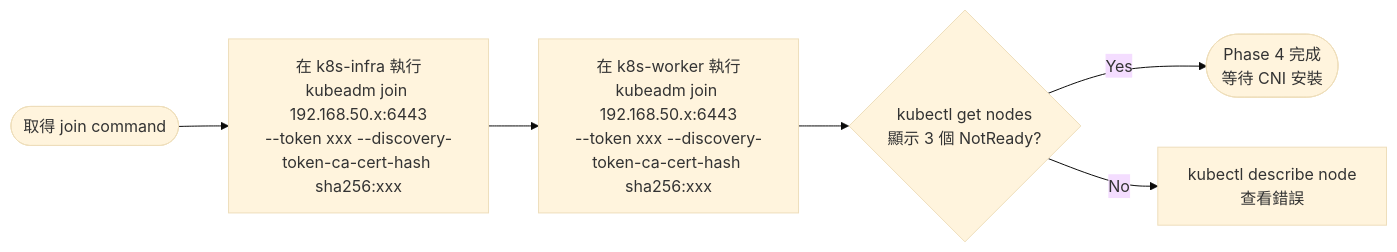
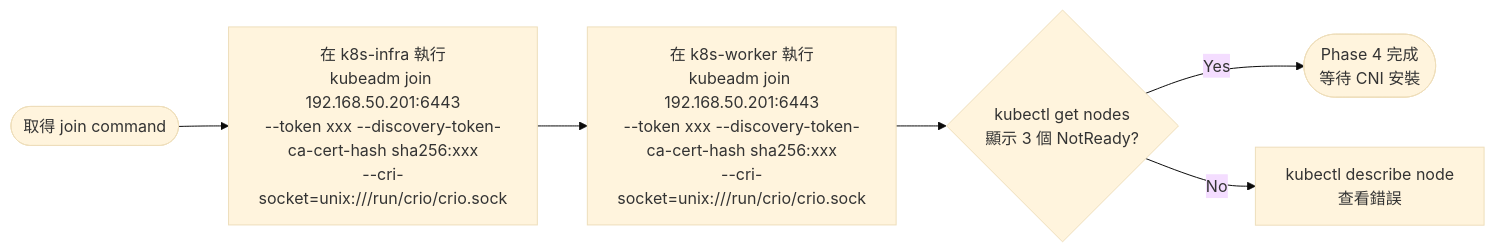
The fifth of 8 diagrams in kubernetes/3node-multipass/setup-flowchart.md (MansionLai/notebook), drawn with Mermaid (base theme) before and after one commit. The commit also changed other lines of this file and 3 other files, not shown here.

````diff
--- a/kubernetes/3node-multipass/setup-flowchart.md
+++ b/kubernetes/3node-multipass/setup-flowchart.md
@@ -89,10 +88,10 @@
 ```mermaid
 flowchart LR
     S([取得 join command]) --> J1
-    J1["在 k8s-infra 執行\nkubeadm join 192.168.50.x:6443\n--token xxx --discovery-token-ca-cert-hash sha256:xxx"]
-    J2["在 k8s-worker 執行\nkubeadm join 192.168.50.x:6443\n--token xxx --discovery-token-ca-cert-hash sha256:xxx"]
+    J1["在 k8s-infra 執行\nkubeadm join 192.168.50.201:6443\n--token xxx --discovery-token-ca-cert-hash sha256:xxx\n--cri-socket=unix:///run/crio/crio.sock"]
+    J2["在 k8s-worker 執行\nkubeadm join 192.168.50.201:6443\n--token xxx --discovery-token-ca-cert-hash sha256:xxx\n--cri-socket=unix:///run/crio/crio.sock"]
     J1 --> J2
     J2 --> CHK{"kubectl get nodes\n顯示 3 個 NotReady?"}
     CHK -- Yes --> DONE([Phase 4 完成\n等待 CNI 安裝])
     CHK -- No --> DBG[kubectl describe node\n查看錯誤]
 ```
````
